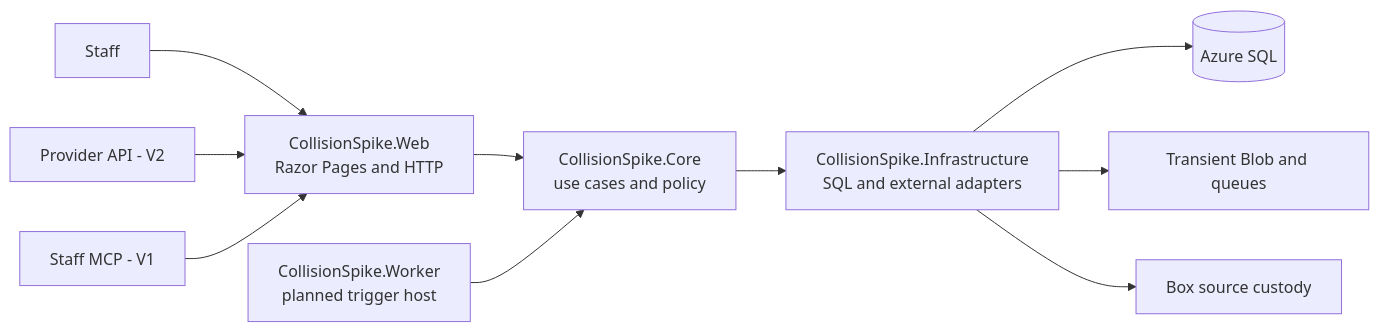
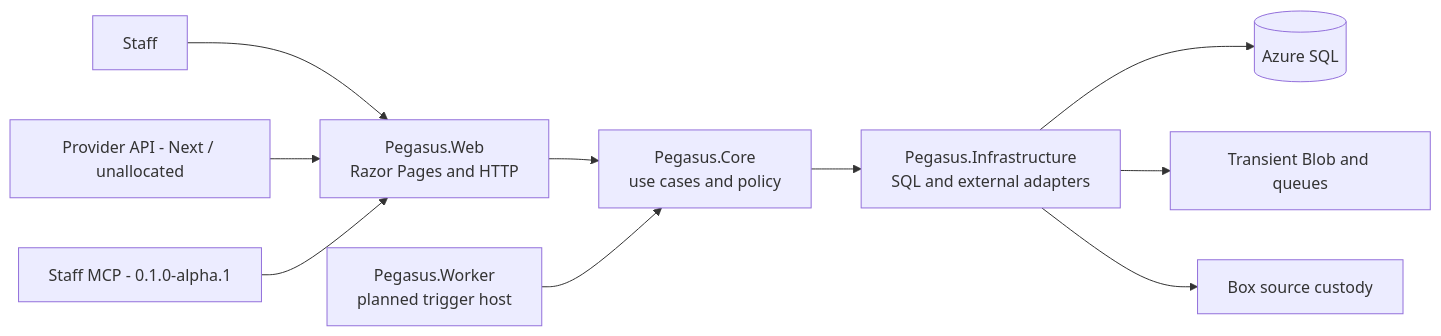
The diagram in docs/architecture/README.md (collisionengineers/pegasus), drawn with Mermaid before and after one commit. The commit also changed other lines of this file and 62 other files, not shown here.

````diff
--- a/docs/architecture/README.md
+++ b/docs/architecture/README.md
@@ -14,12 +14,12 @@
 ```mermaid
 flowchart LR
-    Staff[Staff] --> Web[CollisionSpike.Web\nRazor Pages and HTTP]
-    Provider[Provider API - V2] --> Web
-    Mcp[Staff MCP - V1] --> Web
-    Web --> Core[CollisionSpike.Core\nuse cases and policy]
-    Worker[CollisionSpike.Worker\nplanned trigger host] --> Core
-    Core --> Infrastructure[CollisionSpike.Infrastructure\nSQL and external adapters]
+    Staff[Staff] --> Web[Pegasus.Web\nRazor Pages and HTTP]
+    Provider[Provider API - Next / unallocated] --> Web
+    Mcp[Staff MCP - 0.1.0-alpha.1] --> Web
+    Web --> Core[Pegasus.Core\nuse cases and policy]
+    Worker[Pegasus.Worker\nplanned trigger host] --> Core
+    Core --> Infrastructure[Pegasus.Infrastructure\nSQL and external adapters]
     Infrastructure --> Sql[(Azure SQL)]
     Infrastructure --> Blob[Transient Blob and queues]
     Infrastructure --> Box[Box source custody]
 ```
````
